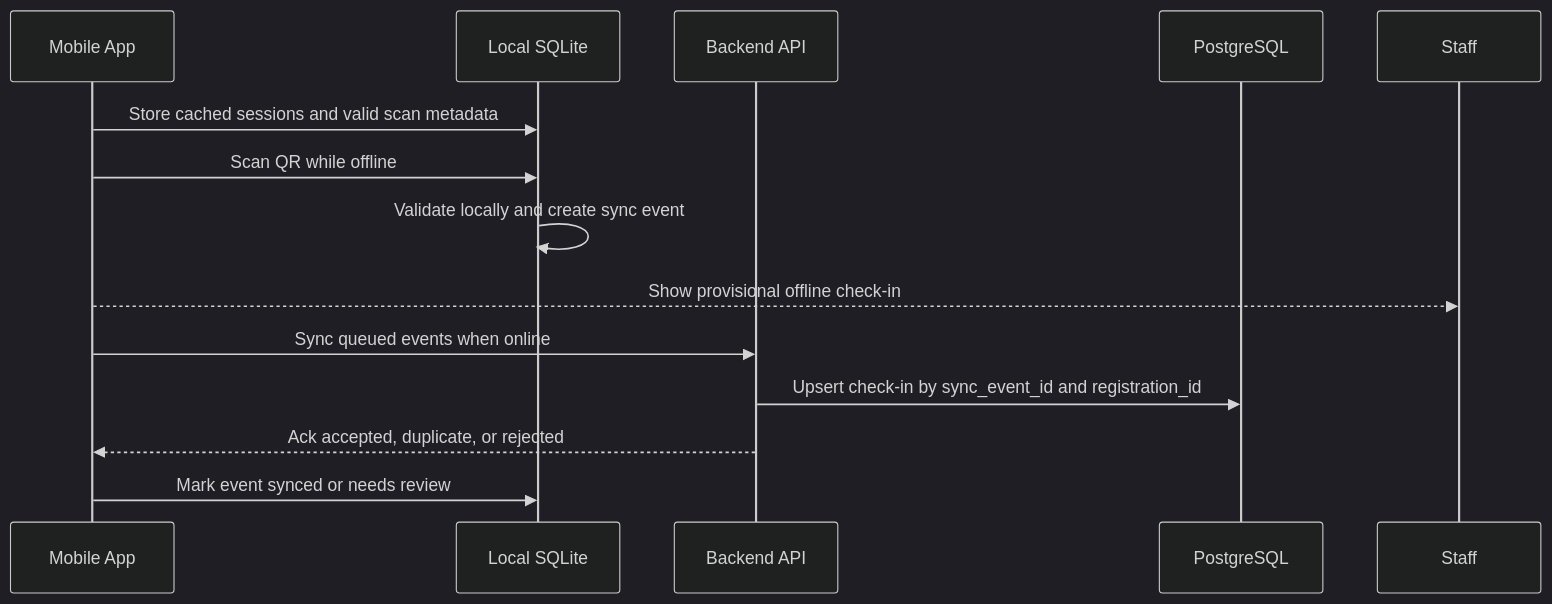
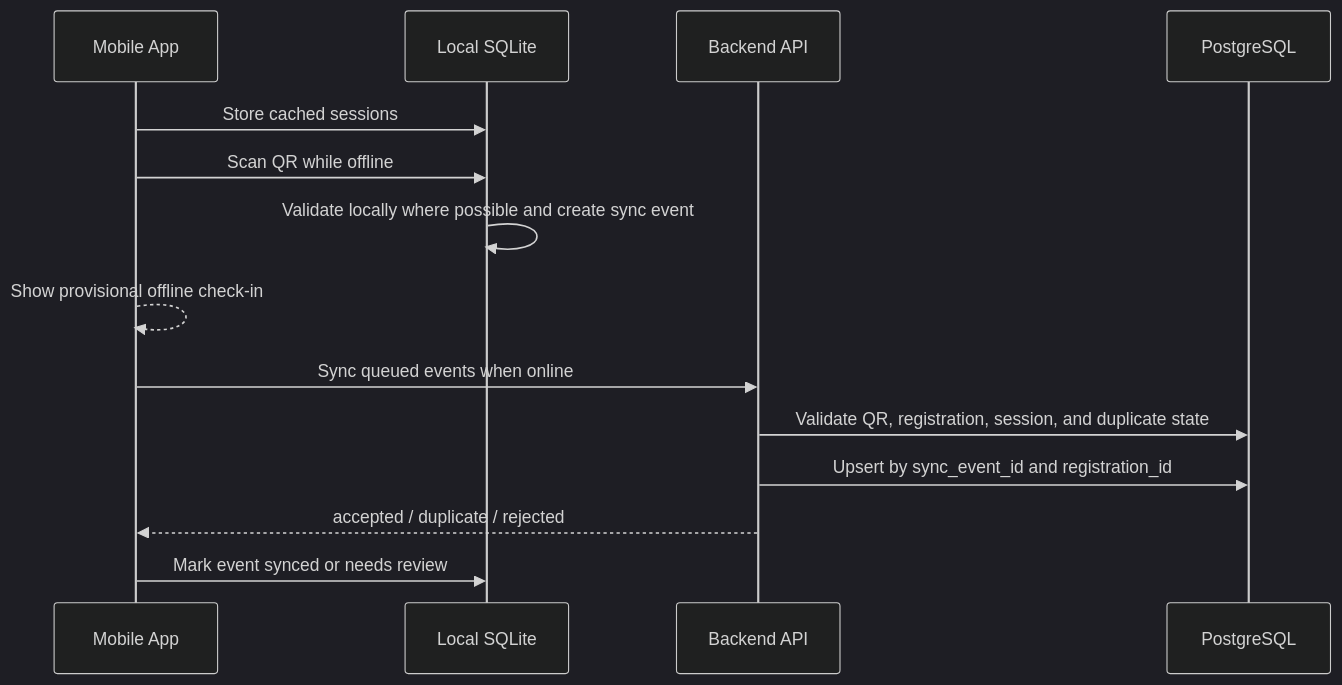
Before and after one commit to NguyenThanhTien539/unihub-workshop-system: the fifth of 6 diagrams in blueprint/design.md, drawn with Mermaid (dark theme). The commit also changed other lines of this file and 8 other files, not shown here.

````diff
--- a/blueprint/design.md
+++ b/blueprint/design.md
@@ -473,16 +397,17 @@
 ```mermaid
 sequenceDiagram
     participant M as Mobile App
     participant L as Local SQLite
     participant API as Backend API
     participant DB as PostgreSQL
 
-    M->>L: Store cached sessions and valid scan metadata
+    M->>L: Store cached sessions
     M->>L: Scan QR while offline
-    L->>L: Validate locally and create sync event
-    M-->>Staff: Show provisional offline check-in
+    L->>L: Validate locally where possible and create sync event
+    M-->>M: Show provisional offline check-in
     M->>API: Sync queued events when online
-    API->>DB: Upsert check-in by sync_event_id and registration_id
-    API-->>M: Ack accepted, duplicate, or rejected
+    API->>DB: Validate QR, registration, session, and duplicate state
+    API->>DB: Upsert by sync_event_id and registration_id
+    API-->>M: accepted / duplicate / rejected
     M->>L: Mark event synced or needs review
 ```
````
